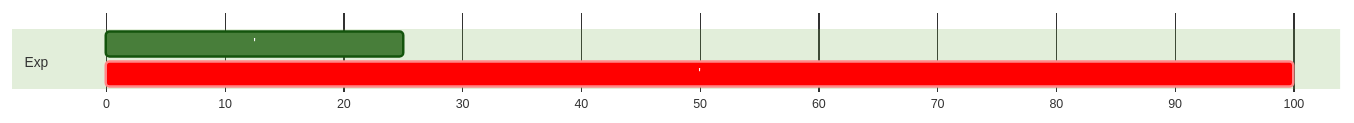
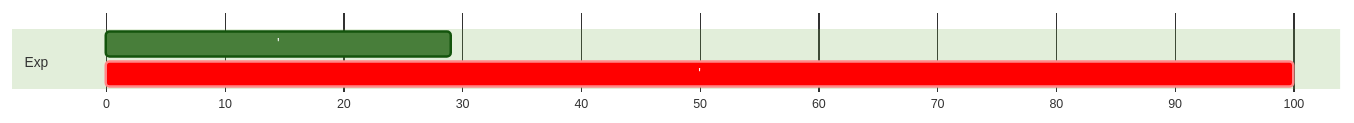
The diagram in README.md (jcantosz/level-up-experience), drawn with Mermaid before and after one commit. The commit also changed 1 other file, not shown here.

Commit message:
Apply automatic changes

````diff
--- a/README.md
+++ b/README.md
@@ -2,13 +2,13 @@
 ```mermaid
 ---
 displayMode: compact
 ---
 %%{init: { "theme": "forest", "themeVariables": { 'fontFamily": "Times" } } }%%
 gantt
     dateFormat X
     axisFormat %s
     tickInterval 10second
     section Exp
-        ' : 0, 25
-        ' : crit, 25, 100
+        ' : 0, 29
+        ' : crit, 29, 100
 ```
````
